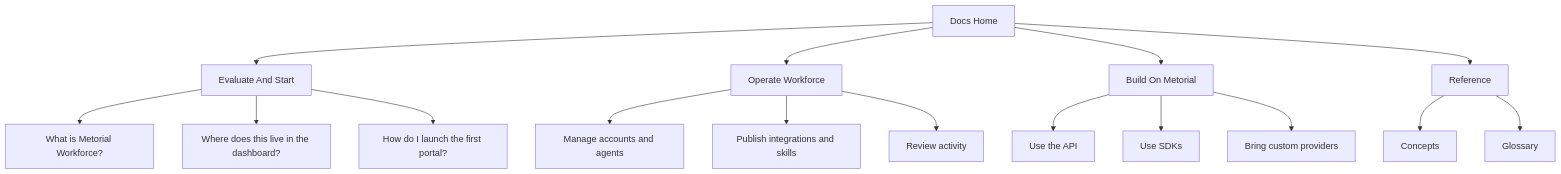
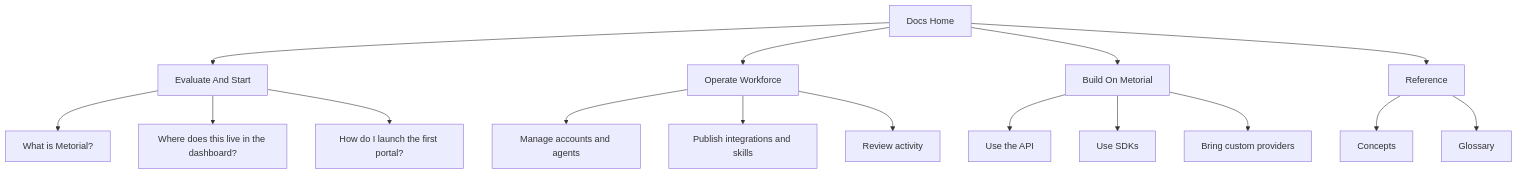
One commit to metorial/docs changed the second of 3 diagrams in docs-structure.mdx. Above: the diagram before and after it, drawn with Mermaid. The commit also changed other lines of this file and 6 other files, not shown here.

````diff
--- a/docs-structure.mdx
+++ b/docs-structure.mdx
@@ -61,22 +61,22 @@
 ```mermaid
 flowchart TD
   A["Docs Home"]
   A --> B["Evaluate And Start"]
-  B --> B1["What is Metorial Workforce?"]
+  B --> B1["What is Metorial?"]
   B --> B2["Where does this live in the dashboard?"]
   B --> B3["How do I launch the first portal?"]
 
   A --> C["Operate Workforce"]
   C --> C1["Manage accounts and agents"]
   C --> C2["Publish integrations and skills"]
   C --> C3["Review activity"]
 
   A --> D["Build On Metorial"]
   D --> D1["Use the API"]
   D --> D2["Use SDKs"]
   D --> D3["Bring custom providers"]
 
   A --> E["Reference"]
   E --> E1["Concepts"]
   E --> E2["Glossary"]
 ```
````
